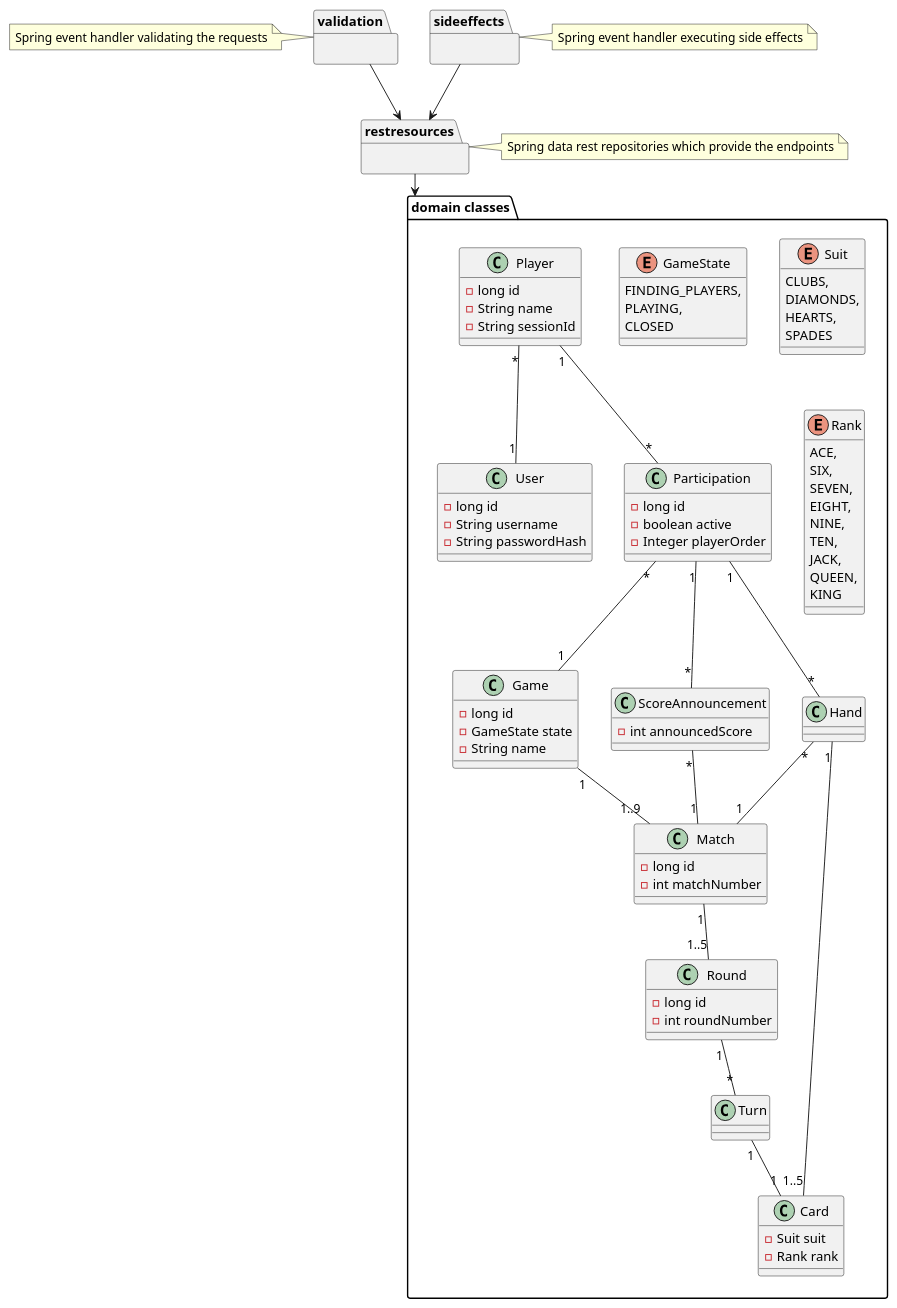
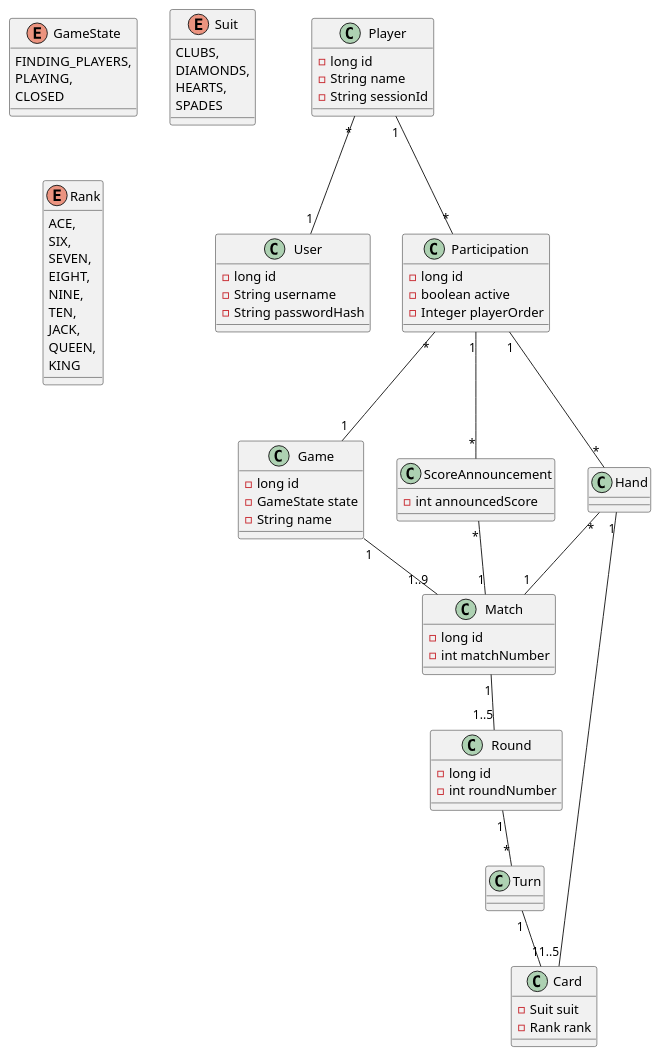
The diagram in doc/m2/uml/class_diagram.puml (sopra-fs22-group-36/screw-your-neighbor-server), drawn with PlantUML before and after one commit. The commit also changed 2 other files, not shown here.

Commit message:
uml: move components from class_diagram.puml to component_diagram.puml
And apply changes from uml branch.

```diff
--- a/doc/m2/uml/class_diagram.puml
+++ b/doc/m2/uml/class_diagram.puml
@@ -1,119 +1,97 @@
 @startuml
+class Player {
+    - long id
+    - String name
+    - String sessionId
+}
 
-package validation {
+class User {
+    - long id
+    - String username
+    - String passwordHash
 }
-note left of validation: Spring event handler validating the requests
 
-package restresources {
+enum GameState {
+    FINDING_PLAYERS,
+    PLAYING,
+    CLOSED
 }
-note right of restresources: Spring data rest repositories which provide the endpoints
 
-package sideeffects {
+class Game {
+    - long id
+    - GameState state
+    - String name
 }
-note right of sideeffects: Spring event handler executing side effects
 
-package "domain classes" {
-    class Player {
-        - long id
-        - String name
-        - String sessionId
-    }
+class Participation {
+    - long id
+    - boolean active
+    - Integer playerOrder
+}
 
-    class User {
-        - long id
-        - String username
-        - String passwordHash
-    }
+class Match {
+    - long id
+    - int matchNumber
+}
 
-    enum GameState {
-        FINDING_PLAYERS,
-        PLAYING,
-        CLOSED
-    }
+class ScoreAnnouncement {
+    - int announcedScore
+}
 
-    class Game {
-        - long id
-        - GameState state
-        - String name
-    }
+class Hand {
+}
 
-    class Participation {
-        - long id
-        - boolean active
-        - Integer playerOrder
-    }
-
-    class Match {
-        - long id
-        - int matchNumber
-    }
-
-    class ScoreAnnouncement {
-        - int announcedScore
-    }
-
-    class Hand {
-    }
-
-    class Turn {
-
-    }
-
-    class Round {
-        - long id
-        - int roundNumber
-    }
-
-    class Card {
-        - Suit suit
-        - Rank rank
-    }
-
-    enum Suit {
-        CLUBS,
-        DIAMONDS,
-        HEARTS,
-        SPADES
-    }
-
-    enum Rank {
-      ACE,
-      SIX,
-      SEVEN,
-      EIGHT,
-      NINE,
-      TEN,
-      JACK,
-      QUEEN,
-      KING
-    }
-
-    Player "*" -- "1" User
-    Player "1" -- "*" Participation
-
-    Participation "*" -- "1" Game
-    Participation "1" -- "*" ScoreAnnouncement
-    Participation "1" -- "*" Hand
-
-    ScoreAnnouncement "*" -- "1" Match
-
-    Hand "*" -- "1" Match
-    Hand "1" -- "1..5" Card
-
-    Game "1" -- "1..9" Match
-
-    Match "1" -- "1..5" Round
-
-    Round "1" -- "*" Turn
-
-    Turn "1" -- "1" Card
+class Turn {
 
 }
 
-restresources --> "domain classes"
+class Round {
+    - long id
+    - int roundNumber
+}
 
-validation --> restresources
+class Card {
+    - Suit suit
+    - Rank rank
+}
 
-sideeffects --> restresources
+enum Suit {
+    CLUBS,
+    DIAMONDS,
+    HEARTS,
+    SPADES
+}
+
+enum Rank {
+  ACE,
+  SIX,
+  SEVEN,
+  EIGHT,
+  NINE,
+  TEN,
+  JACK,
+  QUEEN,
+  KING
+}
+
+Player "*" -- "1" User
+Player "1" -- "*" Participation
+
+Participation "*" -- "1" Game
+Participation "1" -- "*" ScoreAnnouncement
+Participation "1" -- "*" Hand
+
+ScoreAnnouncement "*" -- "1" Match
+
+Hand "*" -- "1" Match
+Hand "1" -- "1..5" Card
+
+Game "1" -- "1..9" Match
+
+Match "1" -- "1..5" Round
+
+Round "1" -- "*" Turn
+
+Turn "1" -- "1" Card
 
 @enduml
```
